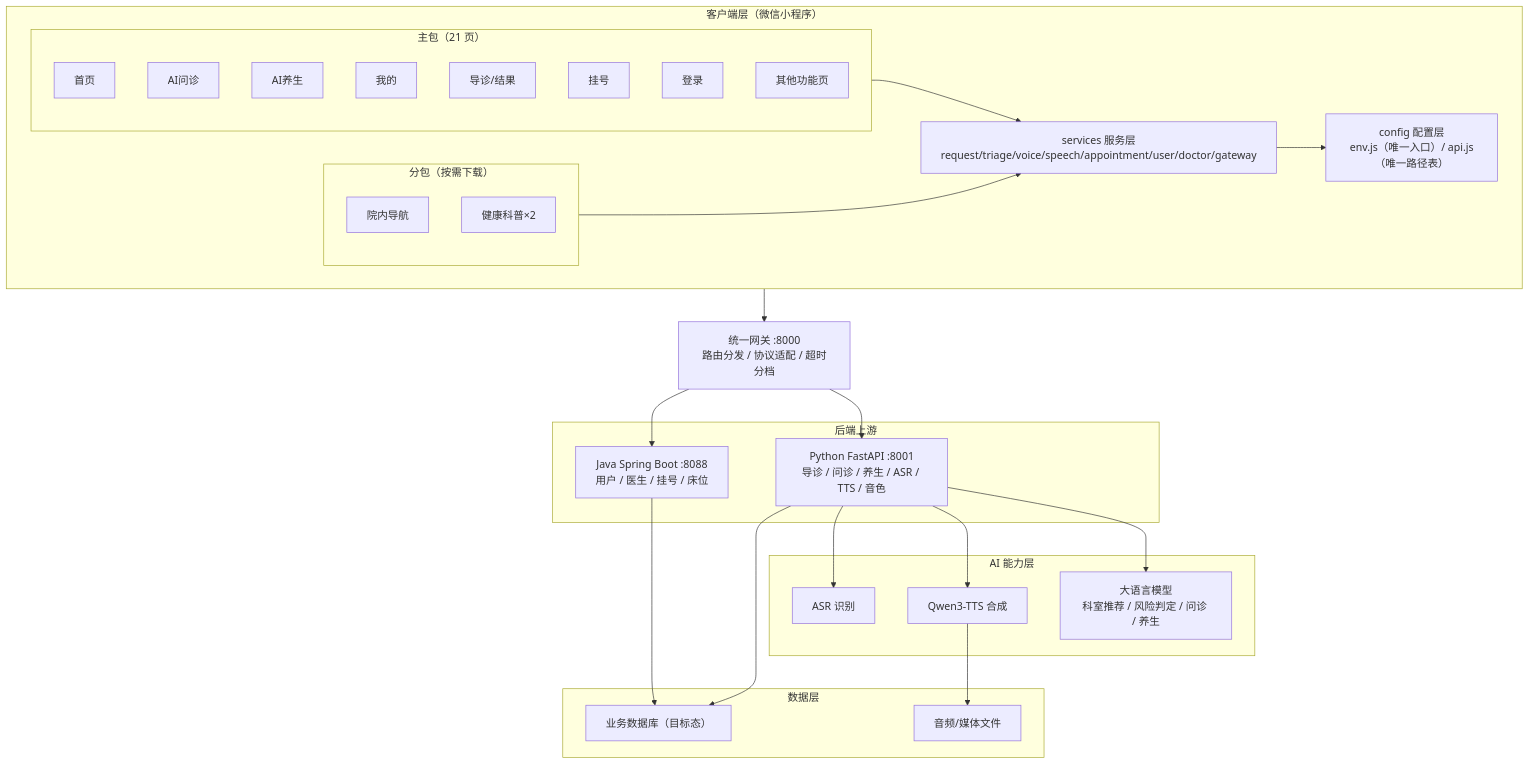
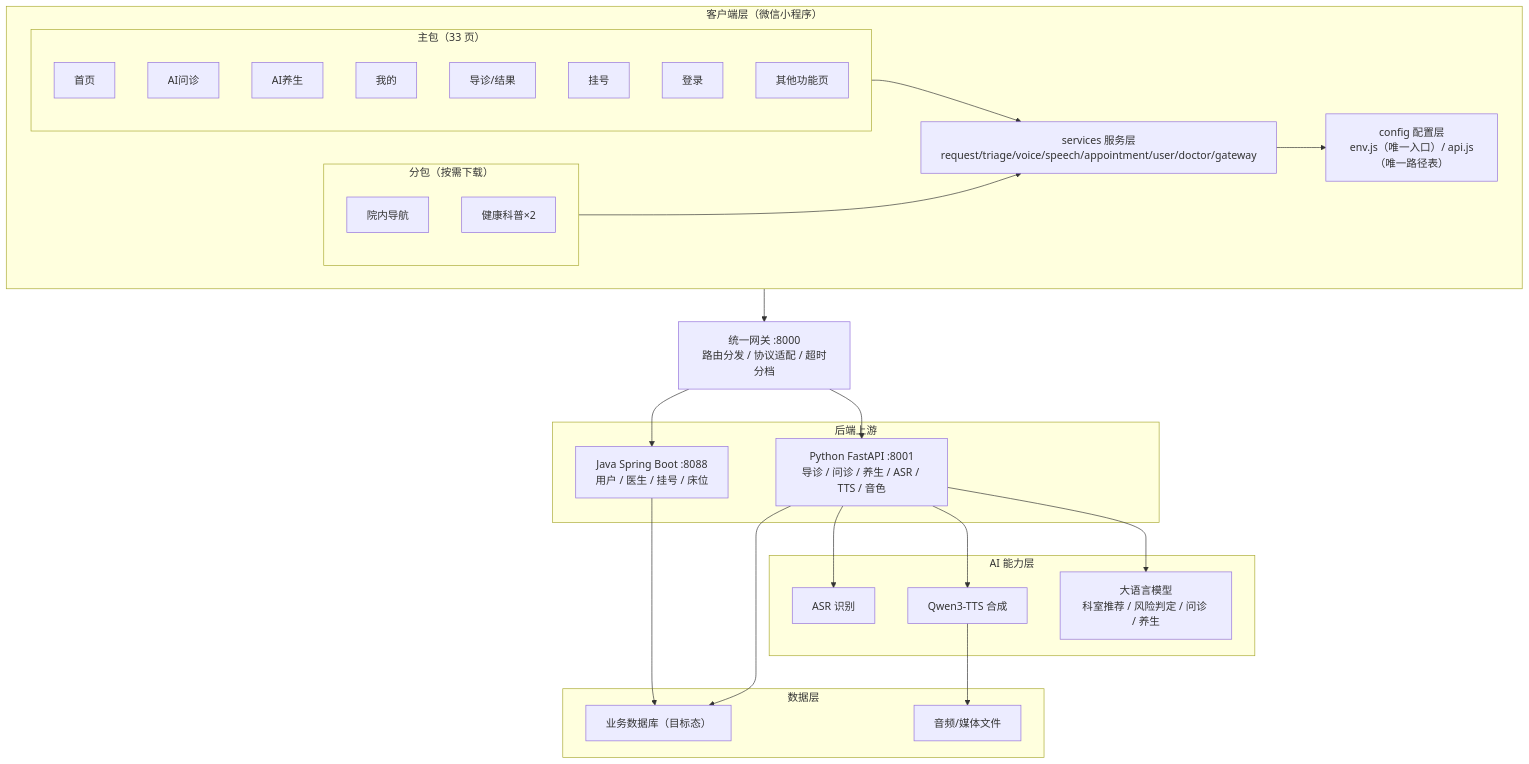
The third of 7 diagrams in docs/项目介绍文档_医疗健康AI微信小程序.md (xiaodog22/aiyiliao), drawn with Mermaid before and after one commit. The commit also changed other lines of this file and 76 other files, not shown here.

````diff
--- a/docs/项目介绍文档_医疗健康AI微信小程序.md
+++ b/docs/项目介绍文档_医疗健康AI微信小程序.md
@@ -383,53 +383,53 @@
 ```mermaid
 flowchart TB
     subgraph CLIENT["客户端层（微信小程序）"]
         direction LR
-        subgraph MAIN["主包（21 页）"]
+        subgraph MAIN["主包（33 页）"]
             H["首页"]
             C["AI问诊"]
             W["AI养生"]
             M["我的"]
             T["导诊/结果"]
             A["挂号"]
             L["登录"]
             O["其他功能页"]
         end
         subgraph SUB["分包（按需下载）"]
             N1["院内导航"]
             N2["健康科普×2"]
         end
         SVC["services 服务层<br/>request/triage/voice/speech/appointment/user/doctor/gateway"]
         CFG["config 配置层<br/>env.js（唯一入口）/ api.js（唯一路径表）"]
     end
 
     GW["统一网关 :8000<br/>路由分发 / 协议适配 / 超时分档"]
 
     subgraph UP["后端上游"]
         PY["Python FastAPI :8001<br/>导诊 / 问诊 / 养生 / ASR / TTS / 音色"]
         JV["Java Spring Boot :8088<br/>用户 / 医生 / 挂号 / 床位"]
     end
 
     subgraph AI["AI 能力层"]
         ASR["ASR 识别"]
         TTS["Qwen3-TTS 合成"]
         LLM["大语言模型<br/>科室推荐 / 风险判定 / 问诊 / 养生"]
     end
 
     subgraph DATA["数据层"]
         DB["业务数据库（目标态）"]
         FS["音频/媒体文件"]
     end
 
     MAIN --> SVC
     SUB --> SVC
     SVC --> CFG
     CFG --> GW
     GW --> PY
     GW --> JV
     PY --> ASR
     PY --> TTS
     PY --> LLM
     JV --> DB
     PY --> DB
     TTS --> FS
 ```
````
